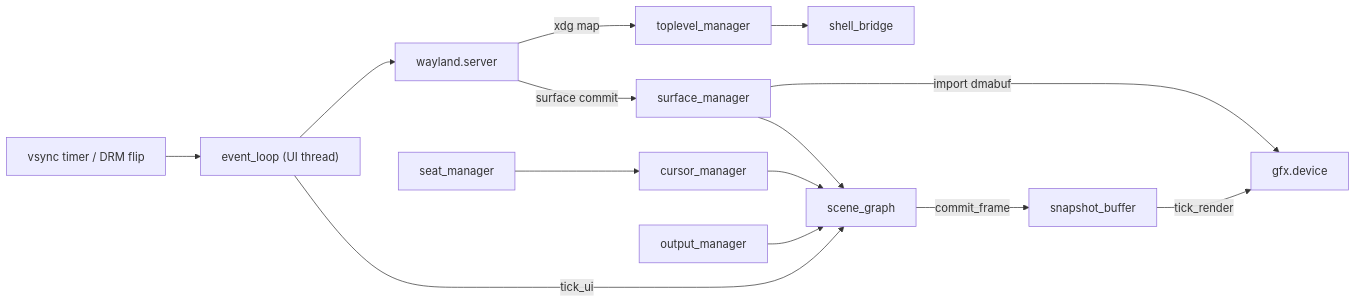
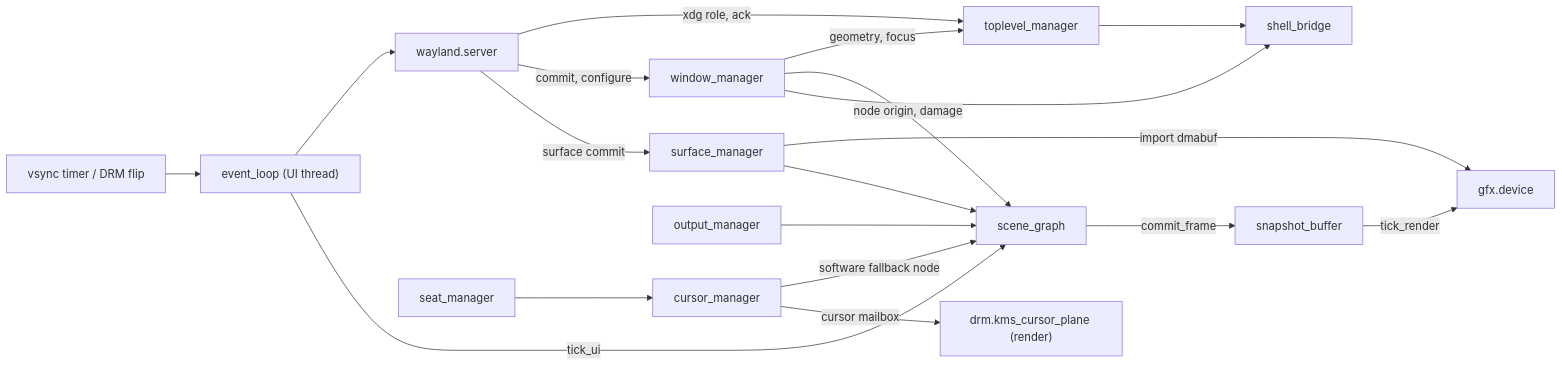
Before and after one commit to dimmus/lumen: the third of 9 diagrams in docs/architecture.md, drawn with Mermaid. The commit also changed other lines of this file and 39 other files, not shown here.

````diff
--- a/docs/architecture.md
+++ b/docs/architecture.md
@@ -245,29 +246,36 @@
 ```mermaid
 flowchart LR
     VSYNC["vsync timer / DRM flip"]
     LOOP["event_loop (UI thread)"]
     WL["wayland.server"]
     TOP["toplevel_manager"]
+    WM["window_manager"]
     SURF["surface_manager"]
     SC["scene_graph"]
     SB["snapshot_buffer"]
     GFX["gfx.device"]
     BR["shell_bridge"]
     CUR["cursor_manager"]
+    KCUR["drm.kms_cursor_plane (render)"]
     OUT["output_manager"]
     SEAT["seat_manager"]
 
     VSYNC --> LOOP
     LOOP --> WL
-    WL -->|"xdg map"| TOP
+    WL -->|"xdg role, ack"| TOP
+    WL -->|"commit, configure"| WM
+    WM -->|"geometry, focus"| TOP
+    WM -->|"node origin, damage"| SC
+    WM --> BR
     WL -->|"surface commit"| SURF
     SURF -->|"import dmabuf"| GFX
     SURF --> SC
     TOP --> BR
     SEAT --> CUR
     OUT --> SC
     LOOP -->|"tick_ui"| SC
     SC -->|"commit_frame"| SB
     SB -->|"tick_render"| GFX
-    CUR --> SC
+    CUR -->|"software fallback node"| SC
+    CUR -->|"cursor mailbox"| KCUR
 ```
````
